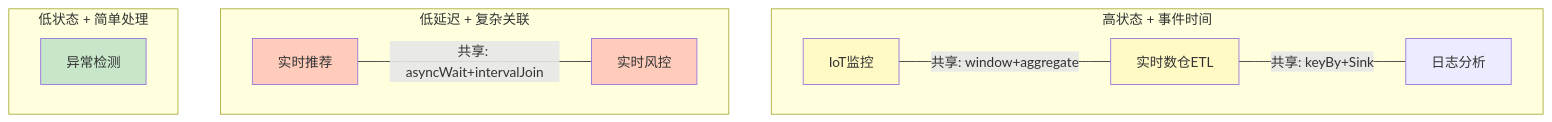
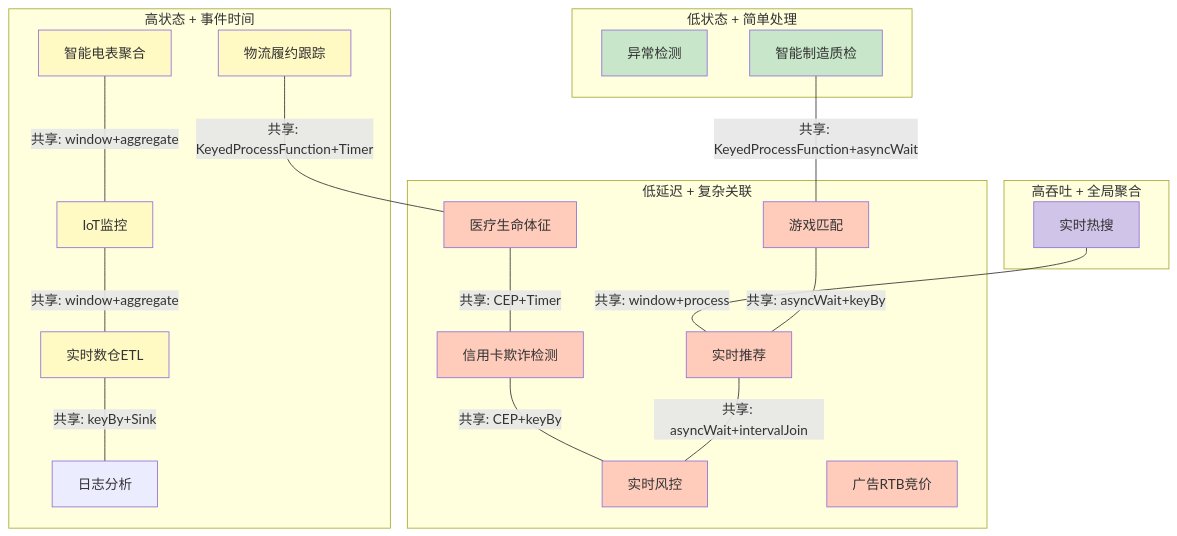
Diagram 11 of 11 in Knowledge/10-case-studies/operator-fingerprints/00-OPERATOR-CASE-INDEX.md (AdaMartin18010/AnalysisDataFlow), drawn with Mermaid before and after one commit. The commit also changed other lines of this file and 35 other files, not shown here.

````diff
--- a/Knowledge/10-case-studies/operator-fingerprints/00-OPERATOR-CASE-INDEX.md
+++ b/Knowledge/10-case-studies/operator-fingerprints/00-OPERATOR-CASE-INDEX.md
@@ -409,27 +979,53 @@
 ```mermaid
 graph TB
     subgraph "高状态 + 事件时间"
         A[IoT监控]
         B[实时数仓ETL]
         C[日志分析]
+        L[物流履约跟踪]
+        N[智能电表聚合]
     end
 
     subgraph "低延迟 + 复杂关联"
         D[实时推荐]
         E[实时风控]
+        G[信用卡欺诈检测]
+        J[游戏匹配]
+        M[医疗生命体征]
+        O[广告RTB竞价]
+    end
+
+    subgraph "高吞吐 + 全局聚合"
+        H[实时热搜]
     end
 
     subgraph "低状态 + 简单处理"
         F[异常检测]
+        I[智能制造质检]
     end
 
     A ---|共享: window+aggregate| B
     B ---|共享: keyBy+Sink| C
     D ---|共享: asyncWait+intervalJoin| E
+    G ---|共享: CEP+keyBy| E
+    J ---|共享: asyncWait+keyBy| D
+    M ---|共享: CEP+Timer| G
+    L ---|共享: KeyedProcessFunction+Timer| M
+    N ---|共享: window+aggregate| A
+    H ---|共享: window+process| D
+    I ---|共享: KeyedProcessFunction+asyncWait| J
 
     style D fill:#ffccbc
     style E fill:#ffccbc
+    style G fill:#ffccbc
+    style J fill:#ffccbc
+    style M fill:#ffccbc
+    style O fill:#ffccbc
     style A fill:#fff9c4
     style B fill:#fff9c4
+    style L fill:#fff9c4
+    style N fill:#fff9c4
     style F fill:#c8e6c9
+    style I fill:#c8e6c9
+    style H fill:#d1c4e9
 ```
````
